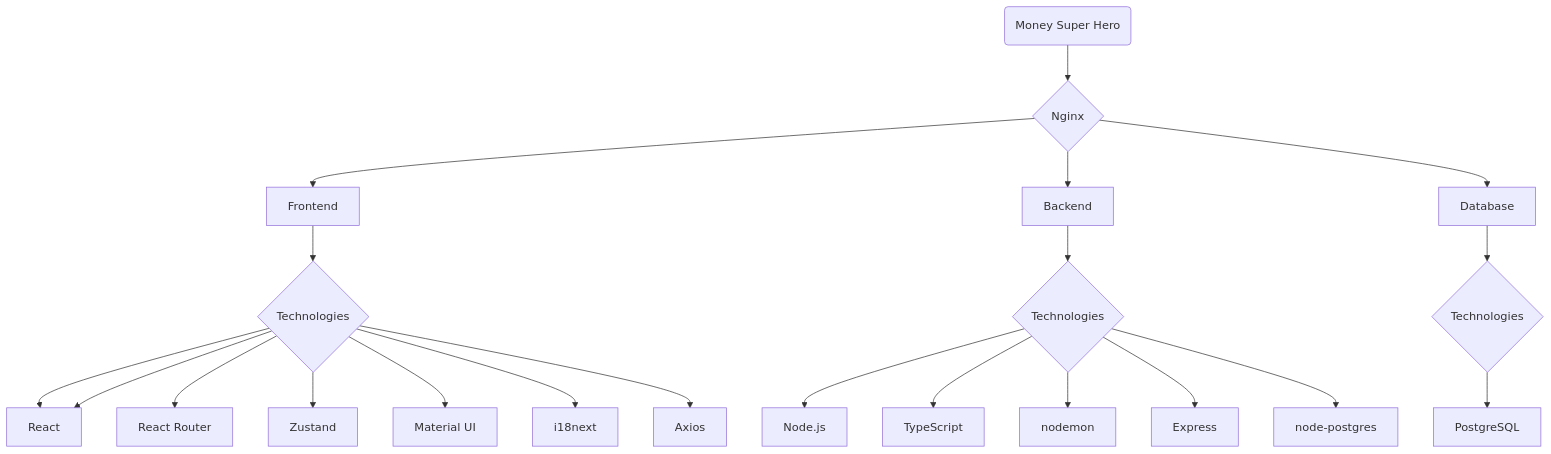
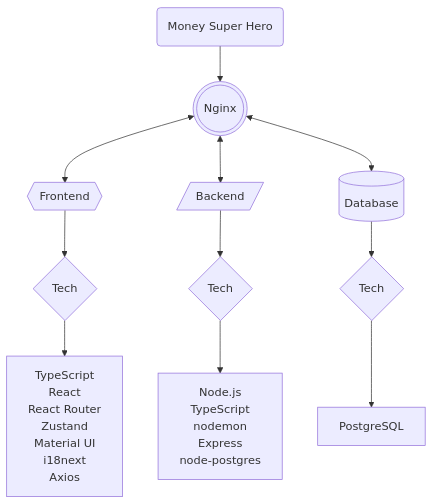
The diagram in README.md (riccardo-giovarelli/money-super-hero), drawn with Mermaid before and after one commit.

Commit message:
feat: README.md updated with new mermaid for Project Structure

````diff
--- a/README.md
+++ b/README.md
@@ -13,20 +13,21 @@
 ```mermaid
 flowchart TD
-    A(Money Super Hero) --> Z{Nginx}
-    Z --> B[Frontend] --> C{Technologies} 
-    C --> D[TypeScript]
-    C --> D[React]
-    C --> F[React Router]
-    C --> G[Zustand]
-    C --> H[Material UI]
-    C --> I[i18next]
-    C --> L[Axios]
-    Z --> M[Backend] --> N{Technologies} 
-    N --> O[Node.js]
-    N --> P[TypeScript]
-    N --> Q[nodemon]
-    N --> R[Express]
-    N --> S[node-postgres]
-    Z --> T[Database] --> U{Technologies} 
-    U --> V[PostgreSQL]
+    APP(Money Super Hero) --> NGINX(((Nginx)))
+    NGINX <--> FEid1{{Frontend}} --> FE-T{Tech} 
+    FE-T --> FE-T-LIST["`TypeScript
+    React
+    React Router
+    Zustand
+    Material UI
+    i18next
+    Axios`"]
+    NGINX <--> BE[/Backend/] --> BE-T{Tech} 
+    BE-T --> BE-T-LIST["`Node.js
+    TypeScript
+    nodemon
+    Express
+    node-postgres
+    `"]
+    NGINX <--> DBid1[(Database)] --> DB-T{Tech} 
+    DB-T --> DB-T-LIST["`PostgreSQL`"]
 ```
````
